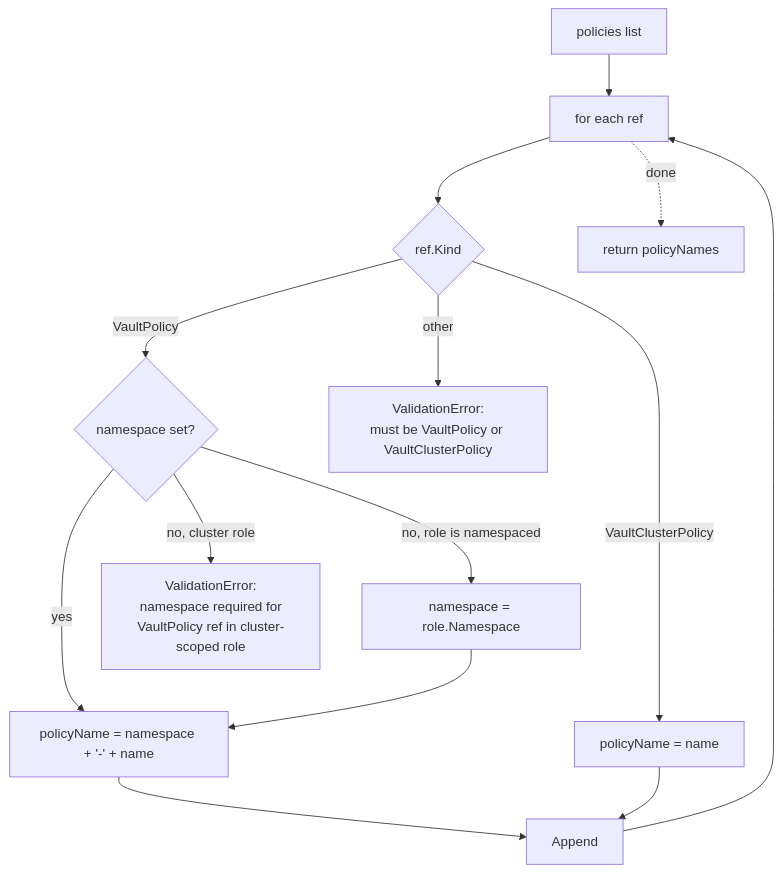
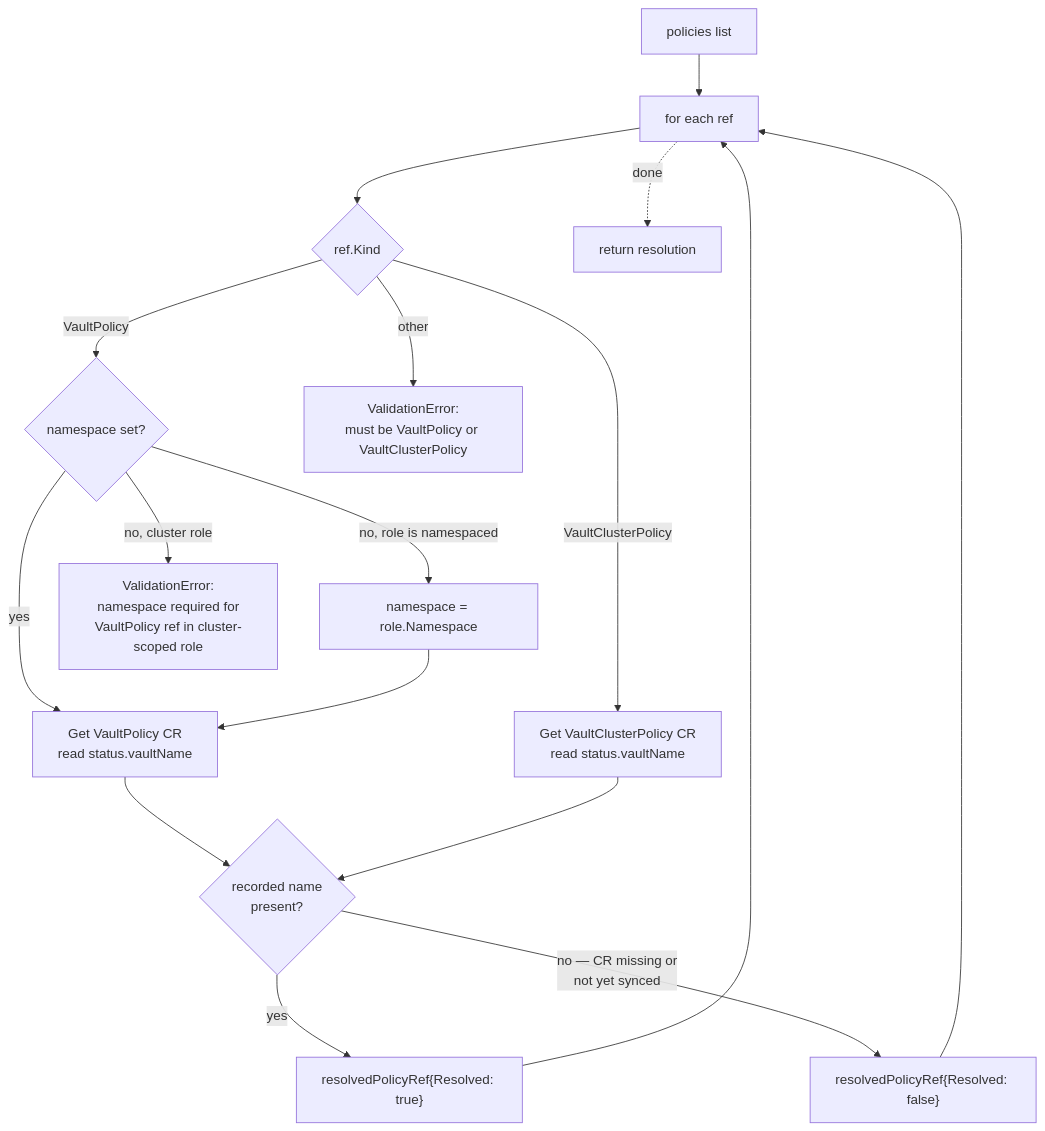
The third of 4 diagrams in docs/internal/FLOW_ROLE.md (panteparak/vault-access-operator), drawn with Mermaid before and after one commit. The commit also changed other lines of this file and 81 other files, not shown here.

First line of the commit message:
feat!: structured Vault names (ADR 0010) + connection-owned role mounts (ADR 0009) (#16)

````diff
--- a/docs/internal/FLOW_ROLE.md
+++ b/docs/internal/FLOW_ROLE.md
@@ -185,16 +185,19 @@
 ```mermaid
 flowchart TD
     Start[policies list] --> Loop[for each ref]
     Loop --> Kind{ref.Kind}
     Kind -->|VaultPolicy| NamespaceCheck{namespace set?}
-    NamespaceCheck -->|yes| UseNS["policyName = namespace + '-' + name"]
+    NamespaceCheck -->|yes| Lookup["Get VaultPolicy CR<br/>read status.vaultName"]
     NamespaceCheck -->|no, role is namespaced| DefaultNS["namespace = role.Namespace"]
     NamespaceCheck -->|no, cluster role| Err["ValidationError:<br/>namespace required for<br/>VaultPolicy ref in cluster-scoped role"]
-    DefaultNS --> UseNS
-    Kind -->|VaultClusterPolicy| NameOnly["policyName = name"]
+    DefaultNS --> Lookup
+    Kind -->|VaultClusterPolicy| ClusterLookup["Get VaultClusterPolicy CR<br/>read status.vaultName"]
     Kind -->|other| KindErr["ValidationError:<br/>must be VaultPolicy or VaultClusterPolicy"]
-    UseNS --> Append
-    NameOnly --> Append
+    Lookup --> Resolved{recorded name<br/>present?}
+    ClusterLookup --> Resolved
+    Resolved -->|yes| Append["resolvedPolicyRef{Resolved: true}"]
+    Resolved -->|no — CR missing or<br/>not yet synced| Pending["resolvedPolicyRef{Resolved: false}"]
     Append --> Loop
-    Loop -.->|done| Return[return policyNames]
+    Pending --> Loop
+    Loop -.->|done| Return[return resolution]
 ```
````
